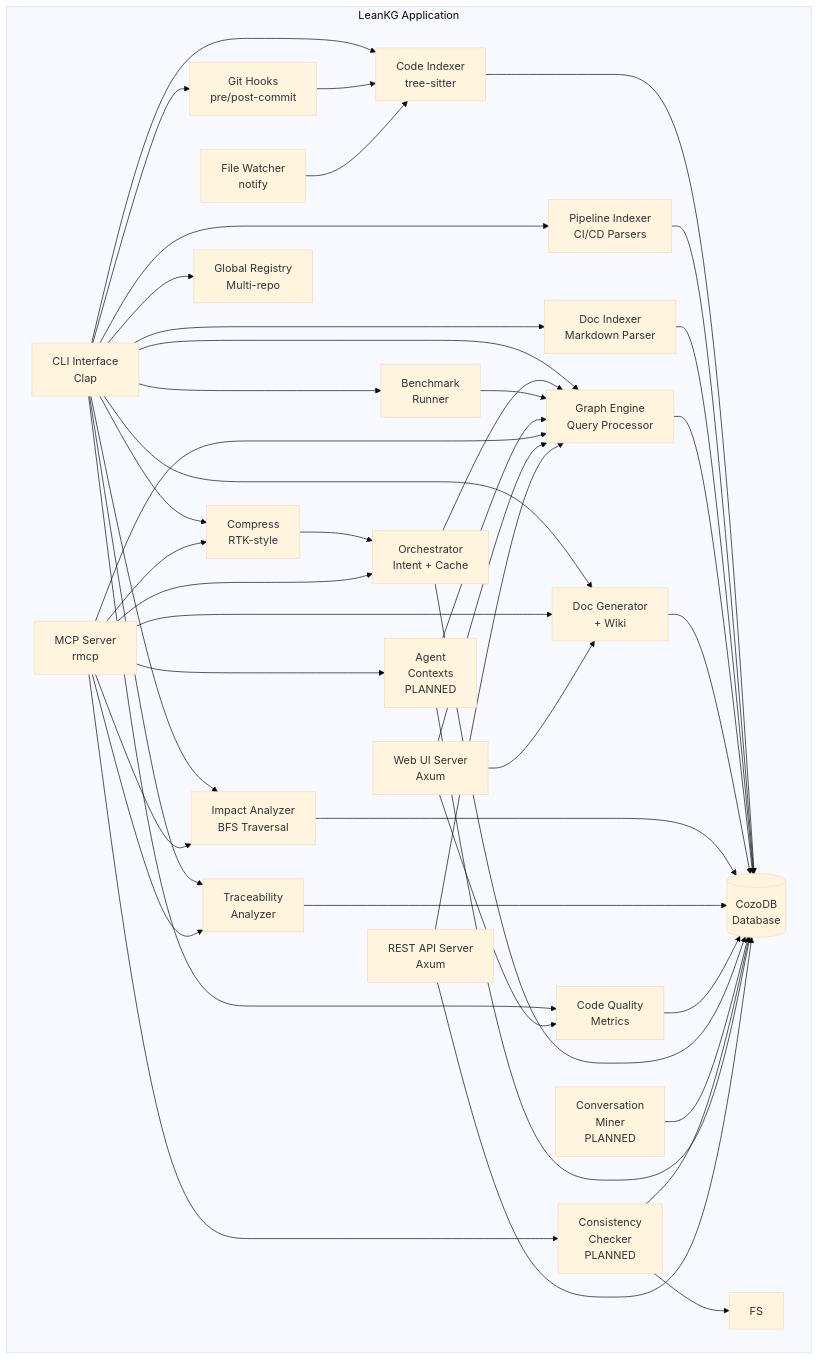
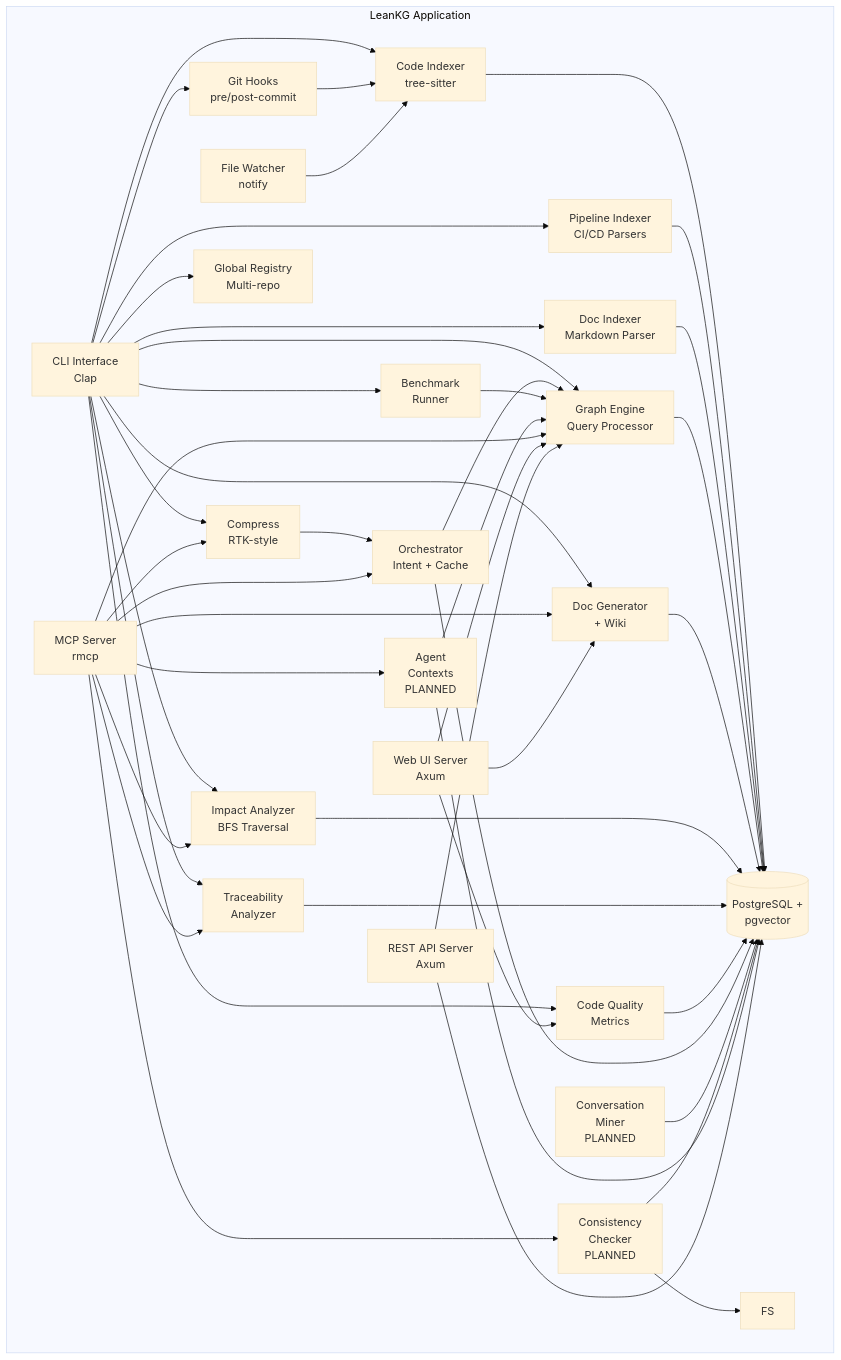
The second of 13 diagrams in docs/erd.md (FreePeak/LeanKG), drawn with Mermaid (base theme) before and after one commit. The commit also changed other lines of this file and 33 other files, not shown here.

````diff
--- a/docs/erd.md
+++ b/docs/erd.md
@@ -116,78 +116,78 @@
 ```mermaid
 graph TB
     subgraph "LeanKG Application"
         CLI[CLI Interface<br/>Clap]
         MCP[MCP Server<br/>rmcp]
         Web[Web UI Server<br/>Axum]
         API[REST API Server<br/>Axum]
         
         Indexer[Code Indexer<br/>tree-sitter]
         PipeIdx[Pipeline Indexer<br/>CI/CD Parsers]
         DocIdx[Doc Indexer<br/>Markdown Parser]
         Graph[Graph Engine<br/>Query Processor]
         DocGen[Doc Generator<br/>+ Wiki]
         Watcher[File Watcher<br/>notify]
         Impact[Impact Analyzer<br/>BFS Traversal]
         Trace[Traceability<br/>Analyzer]
         Qual[Code Quality<br/>Metrics]
         Compress[Compress<br/>RTK-style]
         Orch[Orchestrator<br/>Intent + Cache]
         Hooks[Git Hooks<br/>pre/post-commit]
         Bench[Benchmark<br/>Runner]
         Registry[Global Registry<br/>Multi-repo]
         Conv[Conversation<br/>Miner<br/>PLANNED]
         Consist[Consistency<br/>Checker<br/>PLANNED]
         Agents[Agent<br/>Contexts<br/>PLANNED]
 
-        DB[(CozoDB<br/>Database)]
+        DB[(PostgreSQL +<br/>pgvector)]
 
         CLI --> Indexer
         CLI --> PipeIdx
         CLI --> DocIdx
         CLI --> Graph
         CLI --> DocGen
         CLI --> Impact
         CLI --> Trace
         CLI --> Qual
         CLI --> Compress
         CLI --> Hooks
         CLI --> Bench
         CLI --> Registry
 
         Indexer --> DB
         PipeIdx --> DB
         DocIdx --> DB
         Graph --> DB
         DocGen --> DB
         Impact --> DB
         Trace --> DB
         Qual --> DB
         Compress --> Orch
         Orch --> Graph
         Orch --> DB
         Hooks --> Indexer
         Watcher --> Indexer
         Bench --> Graph
         Conv --> DB
         Consist --> DB
         Consist --> FS
         Agents --> Graph
         Agents --> DB
         
         MCP --> Graph
         MCP --> DocGen
         MCP --> Impact
         MCP --> Trace
         MCP --> Compress
         MCP --> Orch
         MCP --> Consist
         MCP --> Agents
         
         Web --> Graph
         Web --> DocGen
         Web --> Qual
         
         API --> Graph
         API --> DB
     end
 ```
````
